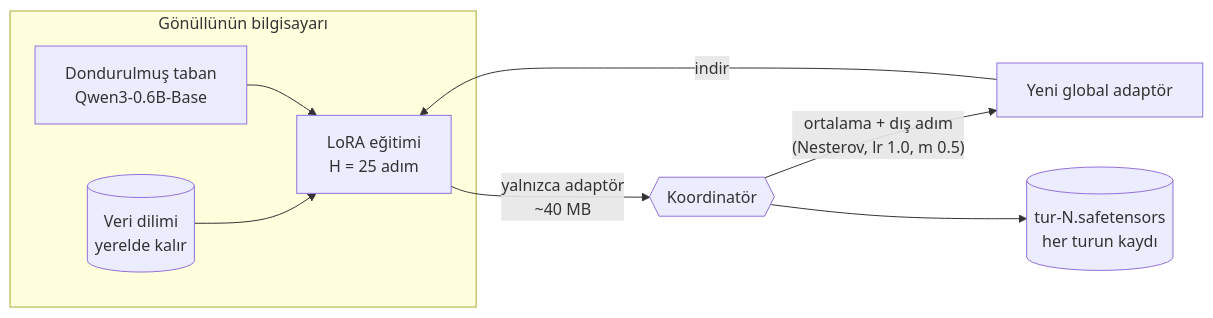
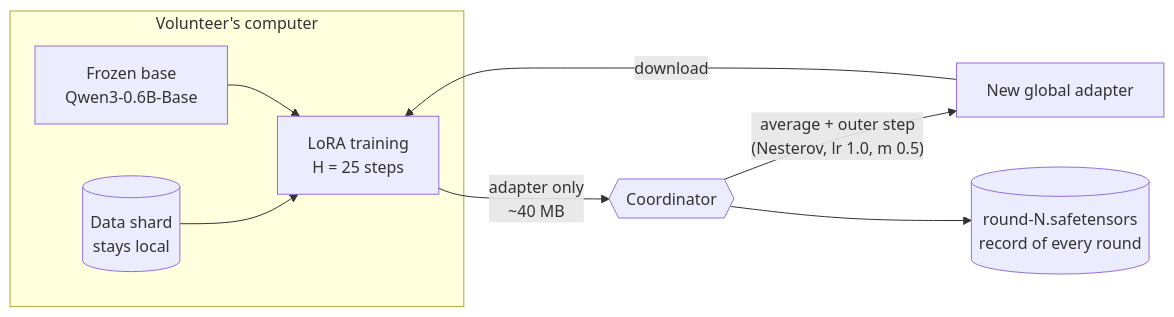
The first of 2 diagrams in README.md (macbyclp/modelen-tr), drawn with Mermaid before and after one commit. The commit also changed other lines of this file and 2 other files, not shown here.

````diff
--- a/README.md
+++ b/README.md
@@ -52,11 +54,11 @@
 ```mermaid
 flowchart LR
-  subgraph G["Gönüllünün bilgisayarı"]
-    D[("Veri dilimi<br/>yerelde kalır")] --> T["LoRA eğitimi<br/>H = 25 adım"]
-    M["Dondurulmuş taban<br/>Qwen3-0.6B-Base"] --> T
+  subgraph G["Volunteer's computer"]
+    D[("Data shard<br/>stays local")] --> T["LoRA training<br/>H = 25 steps"]
+    M["Frozen base<br/>Qwen3-0.6B-Base"] --> T
   end
-  T -- "yalnızca adaptör<br/>~40 MB" --> K{{"Koordinatör"}}
-  K -- "ortalama + dış adım<br/>(Nesterov, lr 1.0, m 0.5)" --> N["Yeni global adaptör"]
-  N -- "indir" --> T
-  K --> R[("tur-N.safetensors<br/>her turun kaydı")]
+  T -- "adapter only<br/>~40 MB" --> K{{"Coordinator"}}
+  K -- "average + outer step<br/>(Nesterov, lr 1.0, m 0.5)" --> N["New global adapter"]
+  N -- "download" --> T
+  K --> R[("round-N.safetensors<br/>record of every round")]
 ```
````
